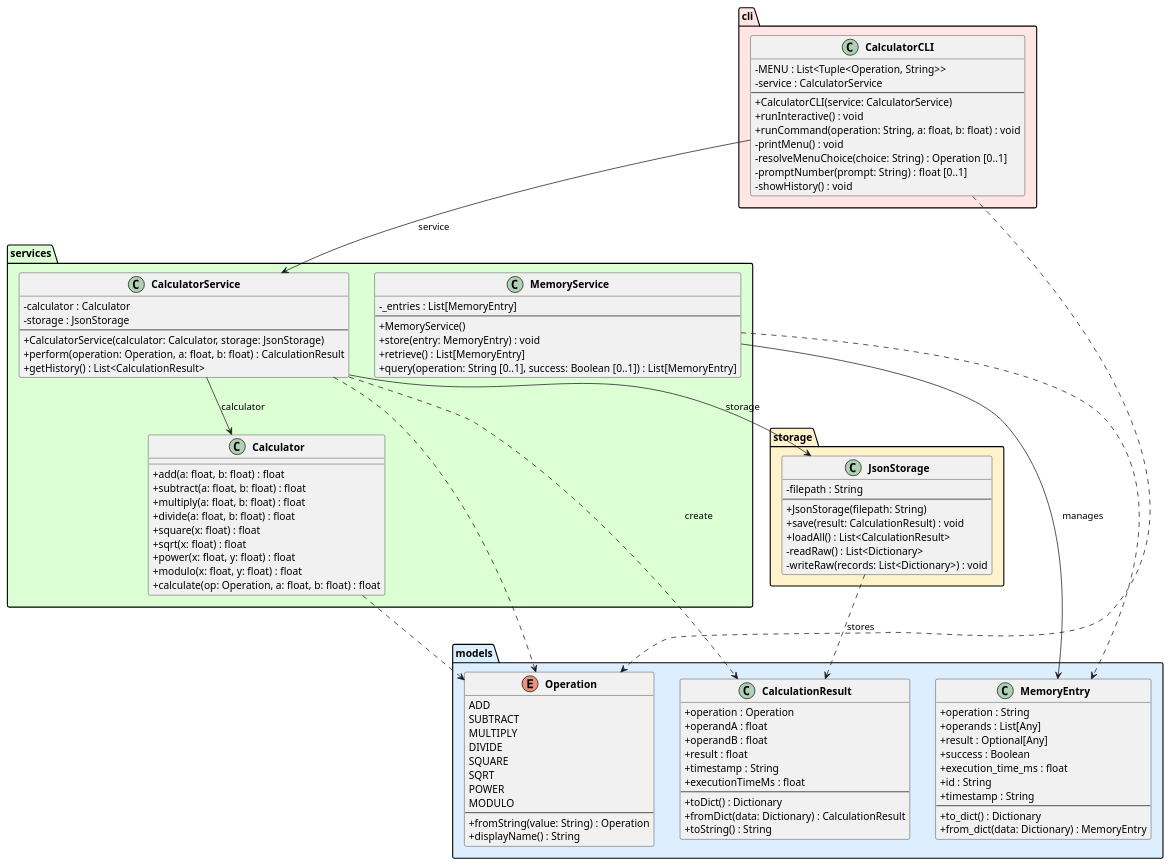
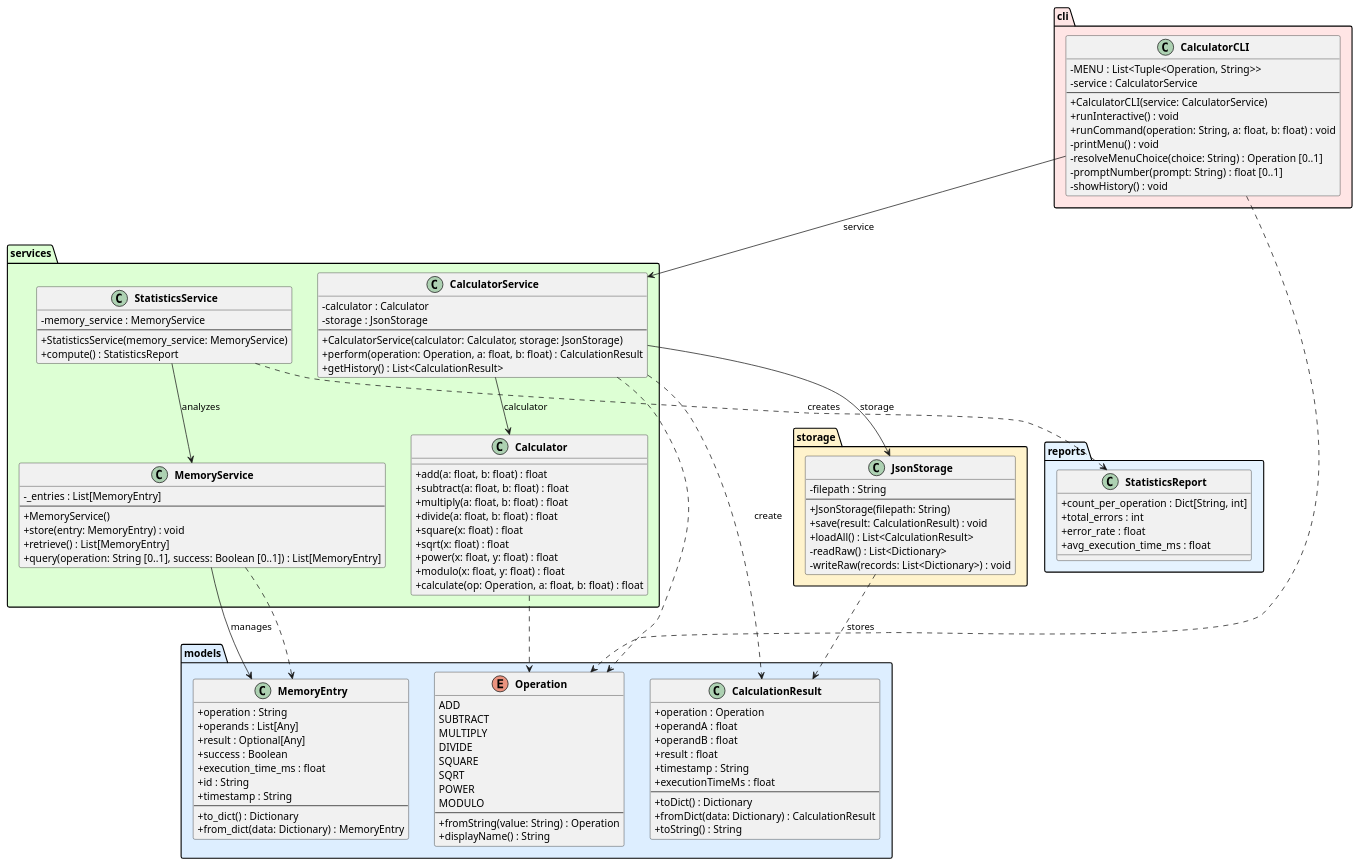
The diagram in experiments/broadcast/test_driven/calculator/artifacts/class_diagram.puml (DanielRiha8906/Software_autoevolution_using_agents), drawn with PlantUML before and after one commit. The commit also changed 8 other files, not shown here.

```diff
--- a/experiments/broadcast/test_driven/calculator/artifacts/class_diagram.puml
+++ b/experiments/broadcast/test_driven/calculator/artifacts/class_diagram.puml
@@ -1,119 +1,137 @@
 @startuml class_diagram
 
 skinparam classAttributeIconSize 0
 skinparam classFontStyle bold
 
 package "models" #DDEEFF {
     enum Operation {
         ADD
         SUBTRACT
         MULTIPLY
         DIVIDE
         SQUARE
         SQRT
         POWER
         MODULO
         --
         +fromString(value: String) : Operation
         +displayName() : String
     }
 
     class CalculationResult {
         +operation : Operation
         +operandA : float
         +operandB : float
         +result : float
         +timestamp : String
         +executionTimeMs : float
         --
         +toDict() : Dictionary
         +fromDict(data: Dictionary) : CalculationResult
         +toString() : String
     }
 
     class MemoryEntry {
         +operation : String
         +operands : List[Any]
         +result : Optional[Any]
         +success : Boolean
         +execution_time_ms : float
         +id : String
         +timestamp : String
         --
         +to_dict() : Dictionary
         +from_dict(data: Dictionary) : MemoryEntry
     }
 }
 
 package "services" #DDFFD4 {
     class Calculator {
         +add(a: float, b: float) : float
         +subtract(a: float, b: float) : float
         +multiply(a: float, b: float) : float
         +divide(a: float, b: float) : float
         +square(x: float) : float
         +sqrt(x: float) : float
         +power(x: float, y: float) : float
         +modulo(x: float, y: float) : float
         +calculate(op: Operation, a: float, b: float) : float
     }
 
     class CalculatorService {
         -calculator : Calculator
         -storage : JsonStorage
         --
         +CalculatorService(calculator: Calculator, storage: JsonStorage)
         +perform(operation: Operation, a: float, b: float) : CalculationResult
         +getHistory() : List<CalculationResult>
     }
 
     class MemoryService {
         -_entries : List[MemoryEntry]
         --
         +MemoryService()
         +store(entry: MemoryEntry) : void
         +retrieve() : List[MemoryEntry]
         +query(operation: String [0..1], success: Boolean [0..1]) : List[MemoryEntry]
     }
+
+    class StatisticsService {
+        -memory_service : MemoryService
+        --
+        +StatisticsService(memory_service: MemoryService)
+        +compute() : StatisticsReport
+    }
+}
+
+package "reports" #E5F3FF {
+    class StatisticsReport {
+        +count_per_operation : Dict[String, int]
+        +total_errors : int
+        +error_rate : float
+        +avg_execution_time_ms : float
+    }
 }
 
 package "storage" #FFF3CC {
     class JsonStorage {
         -filepath : String
         --
         +JsonStorage(filepath: String)
         +save(result: CalculationResult) : void
         +loadAll() : List<CalculationResult>
         -readRaw() : List<Dictionary>
         -writeRaw(records: List<Dictionary>) : void
     }
 }
 
 package "cli" #FFE5E5 {
     class CalculatorCLI {
         -MENU : List<Tuple<Operation, String>>
         -service : CalculatorService
         --
         +CalculatorCLI(service: CalculatorService)
         +runInteractive() : void
         +runCommand(operation: String, a: float, b: float) : void
         -printMenu() : void
         -resolveMenuChoice(choice: String) : Operation [0..1]
         -promptNumber(prompt: String) : float [0..1]
         -showHistory() : void
     }
 }
 
 CalculatorCLI --> CalculatorService : service
 CalculatorService --> Calculator : calculator
 CalculatorService --> JsonStorage : storage
 MemoryService --> MemoryEntry : manages
+StatisticsService --> MemoryService : analyzes
+StatisticsService ..> StatisticsReport : creates
 
 CalculatorService ..> CalculationResult : create
 CalculatorService ..> Operation
 CalculatorCLI ..> Operation
 Calculator ..> Operation
 JsonStorage ..> CalculationResult : stores
 MemoryService ..> MemoryEntry
 
 @enduml
```
